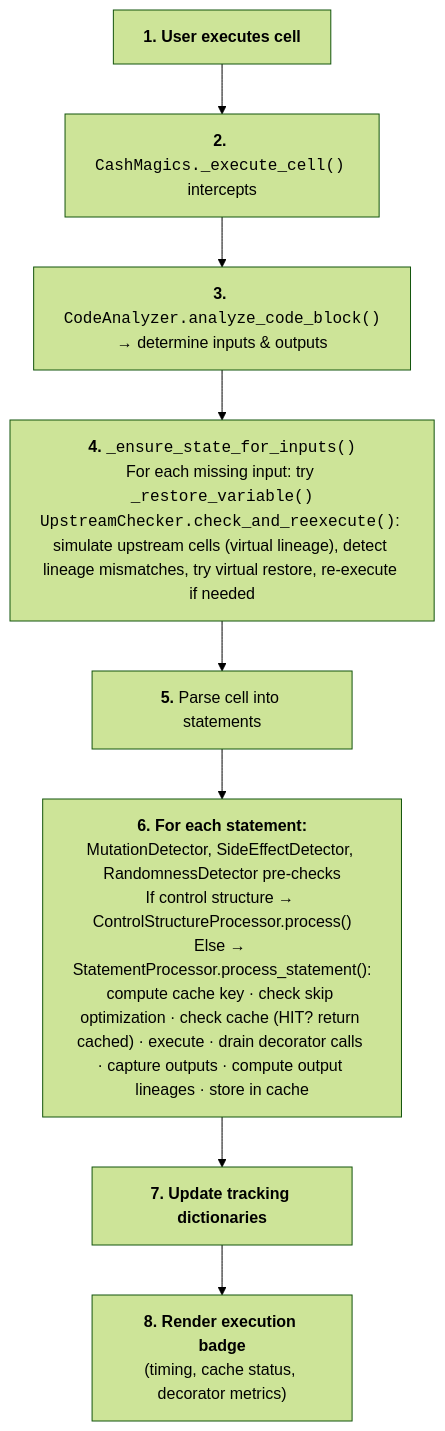
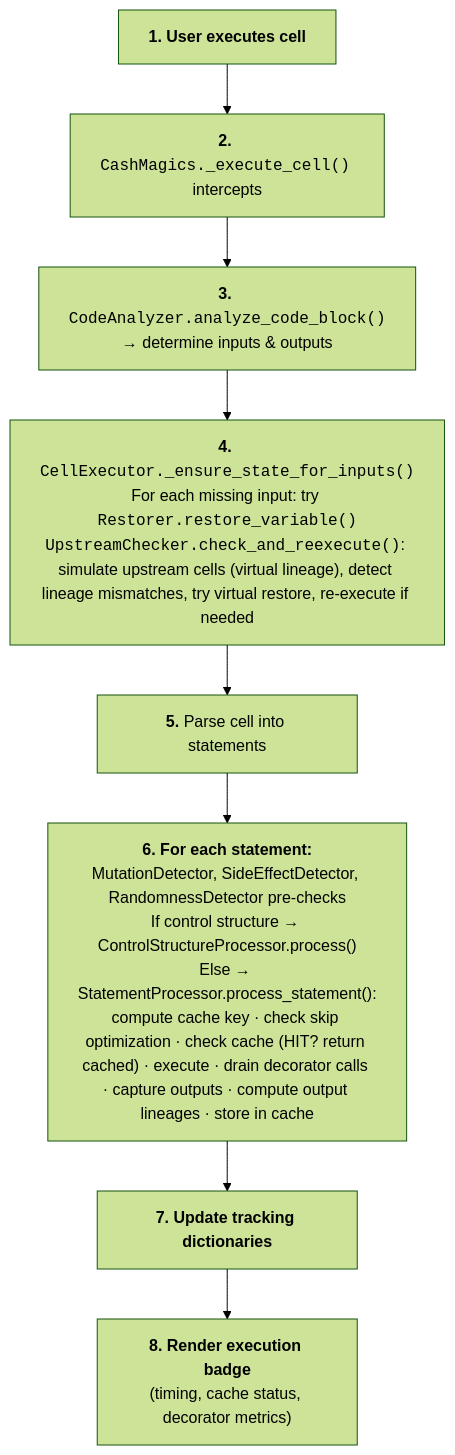
Before and after one commit to galgtonold/cash: the eighth of 11 diagrams in docs/notebook_caching_technical.md, drawn with Mermaid (forest theme). The commit also changed 2 other files, not shown here.

First paragraph of the commit message:
chore(notebook): drop dead _cell_code_map state + refresh docs
Step 5 (final) of the magics.py deepening (.github/planning/
ARCHITECTURE_DEEPENING.md §6).  Mostly housekeeping after the
structural moves landed in steps 1-4.

````diff
--- a/docs/notebook_caching_technical.md
+++ b/docs/notebook_caching_technical.md
@@ -856,12 +856,12 @@
 ```mermaid
 flowchart TD
     S1["<b>1. User executes cell</b>"]
     S2["<b>2.</b> <code>CashMagics._execute_cell()</code> intercepts"]
     S3["<b>3.</b> <code>CodeAnalyzer.analyze_code_block()</code><br/>→ determine inputs & outputs"]
-    S4["<b>4.</b> <code>_ensure_state_for_inputs()</code><br/>For each missing input: try <code>_restore_variable()</code><br/><code>UpstreamChecker.check_and_reexecute()</code>: simulate upstream cells (virtual lineage), detect lineage mismatches, try virtual restore, re-execute if needed"]
+    S4["<b>4.</b> <code>CellExecutor._ensure_state_for_inputs()</code><br/>For each missing input: try <code>Restorer.restore_variable()</code><br/><code>UpstreamChecker.check_and_reexecute()</code>: simulate upstream cells (virtual lineage), detect lineage mismatches, try virtual restore, re-execute if needed"]
     S5["<b>5.</b> Parse cell into statements"]
     S6["<b>6. For each statement:</b><br/>MutationDetector, SideEffectDetector, RandomnessDetector pre-checks<br/>If control structure → ControlStructureProcessor.process()<br/>Else → StatementProcessor.process_statement():<br/>compute cache key · check skip optimization · check cache (HIT? return cached) · execute · drain decorator calls · capture outputs · compute output lineages · store in cache"]
     S7["<b>7. Update tracking dictionaries</b>"]
     S8["<b>8. Render execution badge</b><br/>(timing, cache status, decorator metrics)"]
     S1 --> S2 --> S3 --> S4 --> S5 --> S6 --> S7 --> S8
 ```
````
